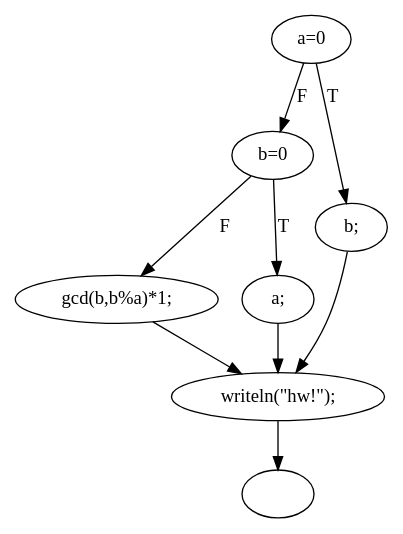
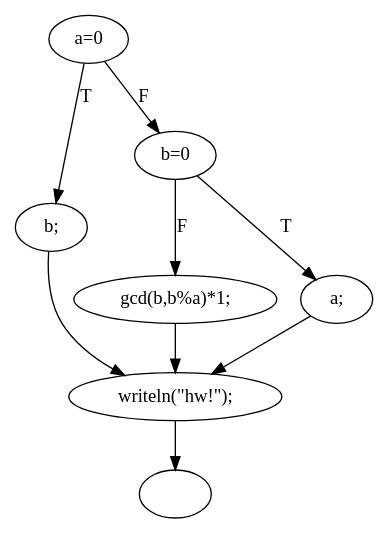
Before and after one commit to romagolchin/itmo-masters: the diagram in program-model-verification/output/lab2_cfg/cfg.gcd.dot, drawn with Graphviz. The commit also changed 13 other files, not shown here.

```diff
--- a/program-model-verification/output/lab2_cfg/cfg.gcd.dot
+++ b/program-model-verification/output/lab2_cfg/cfg.gcd.dot
@@ -1,17 +1,17 @@
 digraph {
-  0 [label="writeln(\"hw!\");"];
-  1 [label="gcd(b,b%a)*1;"];
-  2 [label=""];
-  3 [label="b=0"];
-  4 [label="a=0"];
+  0 [label="b;"];
+  1 [label="b=0"];
+  2 [label="gcd(b,b%a)*1;"];
+  3 [label=""];
+  4 [label="writeln(\"hw!\");"];
   5 [label="a;"];
-  6 [label="b;"];
-  3 -> 5 [label="T"];
-  5 -> 0 [label=""];
-  0 -> 2 [label=""];
-  3 -> 1 [label="F"];
-  4 -> 3 [label="F"];
-  6 -> 0 [label=""];
-  1 -> 0 [label=""];
-  4 -> 6 [label="T"];
+  6 [label="a=0"];
+  2 -> 4 [label=""];
+  4 -> 3 [label=""];
+  5 -> 4 [label=""];
+  6 -> 1 [label="F"];
+  0 -> 4 [label=""];
+  1 -> 5 [label="T"];
+  1 -> 2 [label="F"];
+  6 -> 0 [label="T"];
 }
```
